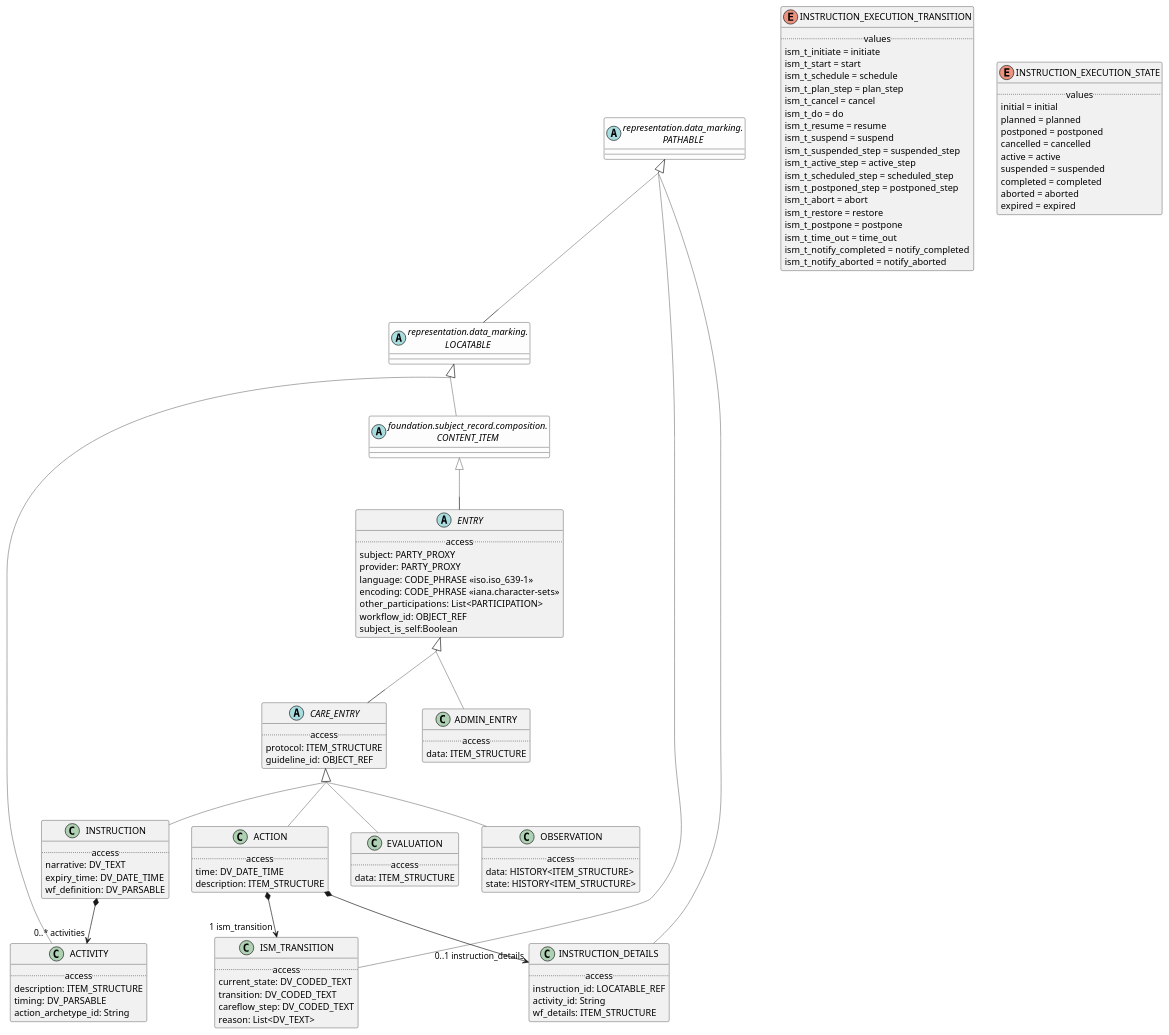
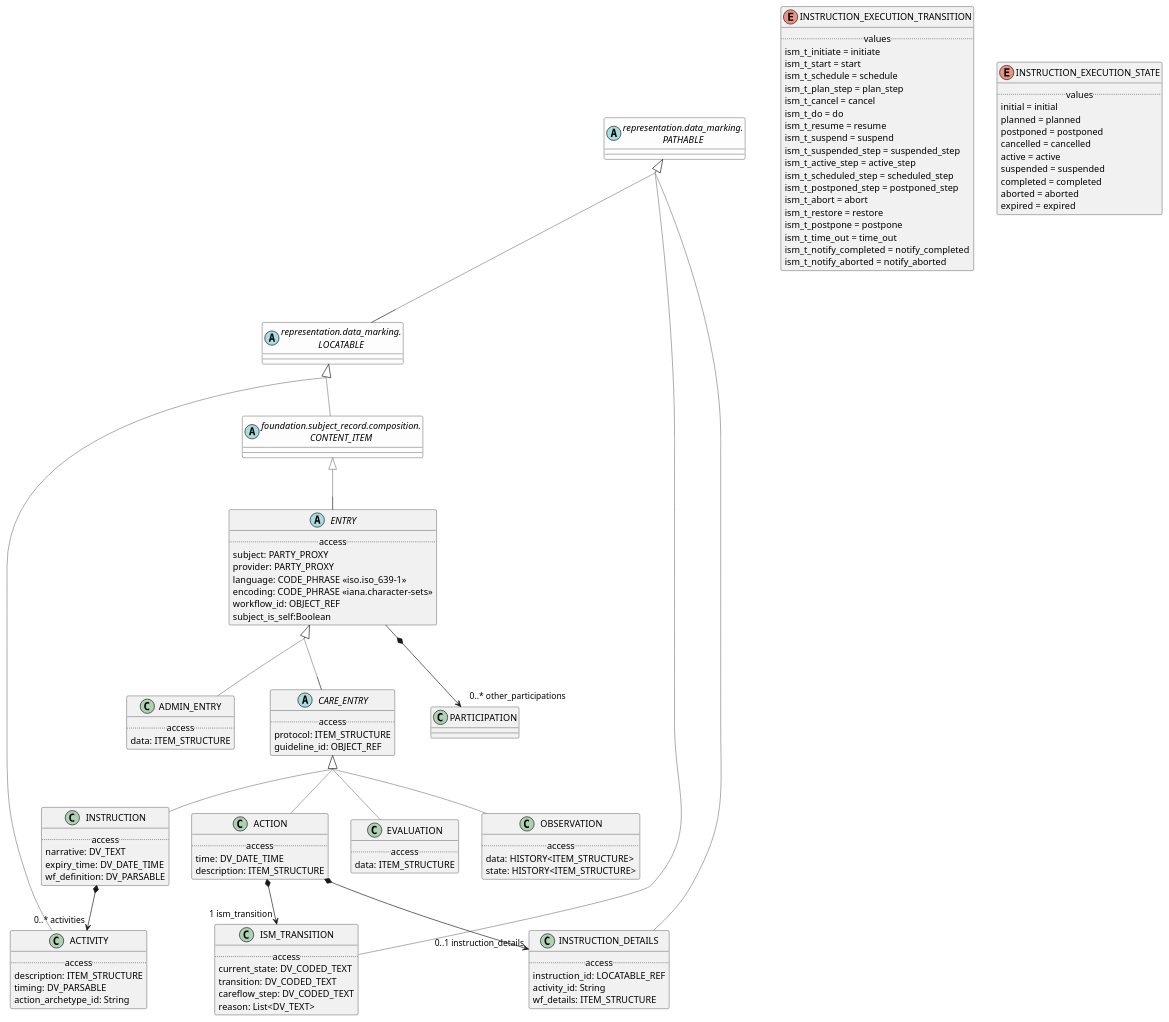
Before and after one commit to wolandscat/openehr-doc: the diagram in modules/ROOT/examples/bmm/foundation/subject_record/statement/statement-package-uml.adoc, drawn with PlantUML. The commit also changed 30 other files, not shown here.

```diff
--- a/modules/ROOT/examples/bmm/foundation/subject_record/statement/statement-package-uml.adoc
+++ b/modules/ROOT/examples/bmm/foundation/subject_record/statement/statement-package-uml.adoc
@@ -18,13 +18,14 @@
         provider: PARTY_PROXY
         language: CODE_PHRASE «iso.iso_639-1»
         encoding: CODE_PHRASE «iana.character-sets»
-        other_participations: List<PARTICIPATION>
         workflow_id: OBJECT_REF
         subject_is_self:Boolean
 }
 
 ENTRY -[#gray]up-|> CONTENT_ITEM  
 
+
+ENTRY *--> "0..* other_participations" PARTICIPATION
 
 class ISM_TRANSITION [[/openehr-doc/latest/foundation/subject_record-gen.html#_class_ism_transition]] {
         .. access ..
```
